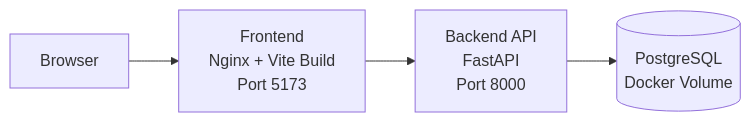
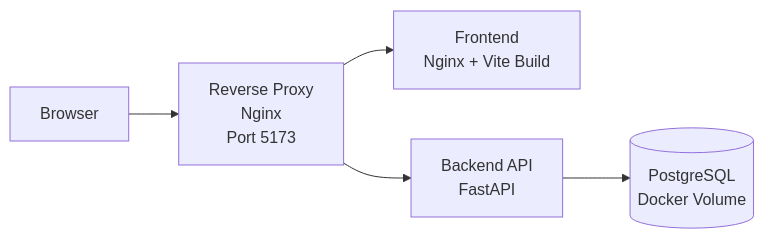
The diagram in docs/cloud-architektur.md (Halil27-GZT/maintcloud-ai-hit), drawn with Mermaid before and after one commit. The commit also changed other lines of this file and 7 other files, not shown here.

Commit message:
feat(infra): add reverse proxy entrypoint

````diff
--- a/docs/cloud-architektur.md
+++ b/docs/cloud-architektur.md
@@ -63,6 +72,7 @@
 ```mermaid
 flowchart LR
-    A[Browser] --> B[Frontend\nNginx + Vite Build\nPort 5173]
-    B --> C[Backend API\nFastAPI\nPort 8000]
-    C --> D[(PostgreSQL\nDocker Volume)]
+    A[Browser] --> B[Reverse Proxy\nNginx\nPort 5173]
+    B --> C[Frontend\nNginx + Vite Build]
+    B --> D[Backend API\nFastAPI]
+    D --> E[(PostgreSQL\nDocker Volume)]
 ```
````
